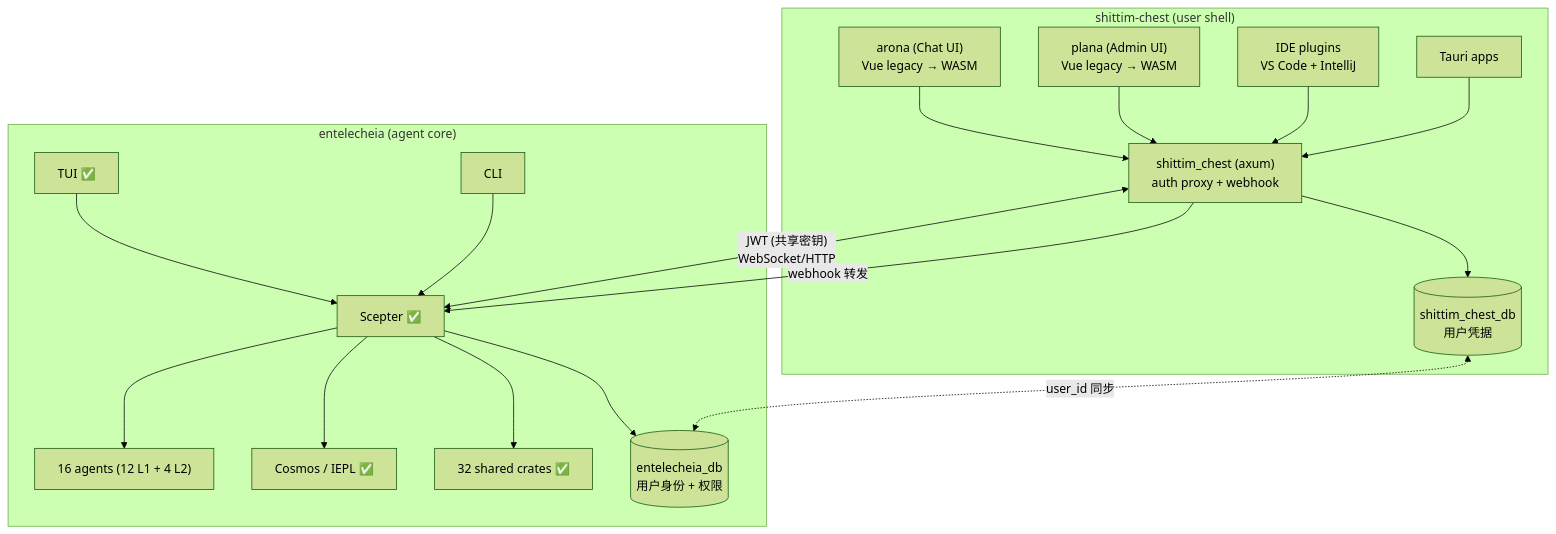
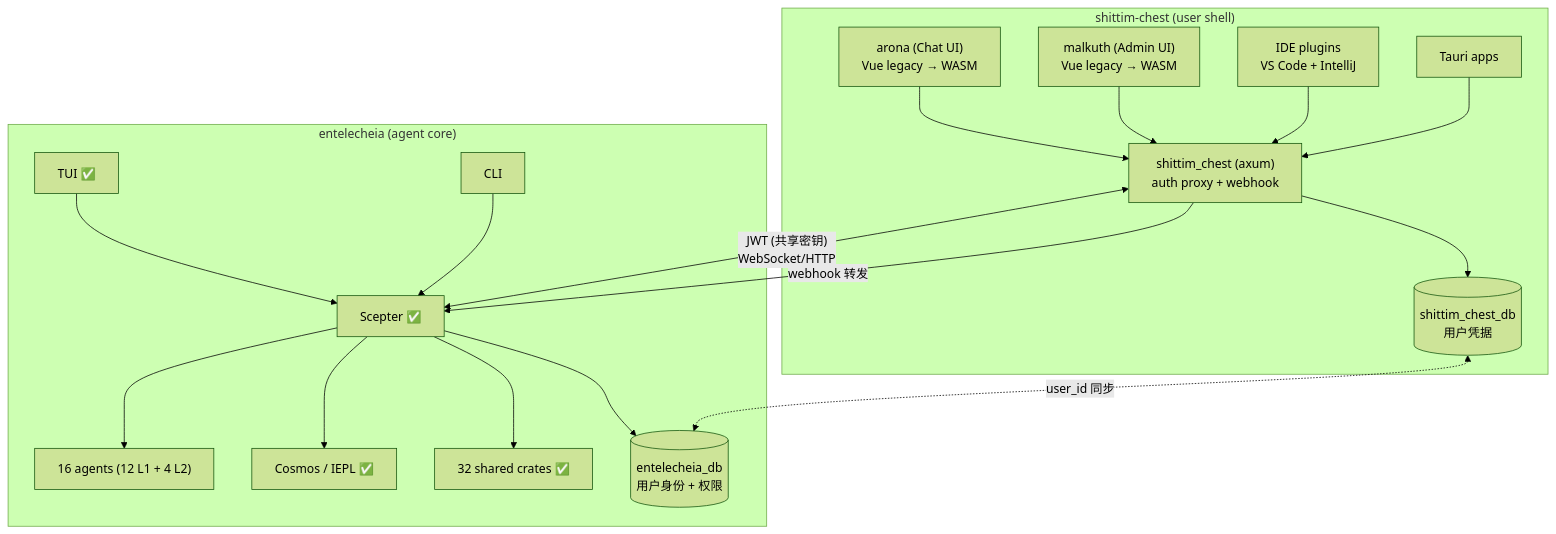
One commit to celestia-island/docs.celestia.world changed the second of 9 diagrams in docs/en/designs/core/architecture.md. Above: the diagram before and after it, drawn with Mermaid (forest theme). The commit also changed other lines of this file and 57 other files, not shown here.

First line of the commit message:
rename: plana -> malkuth across docs

````diff
--- a/docs/en/designs/core/architecture.md
+++ b/docs/en/designs/core/architecture.md
@@ -83,36 +83,36 @@
 ```mermaid
 flowchart TB
     subgraph shittim_chest["shittim-chest (user shell)"]
         Arona["arona (Chat UI)\nVue legacy → WASM"]
-        Plana["plana (Admin UI)\nVue legacy → WASM"]
+        Malkuth["malkuth (Admin UI)\nVue legacy → WASM"]
         SC["shittim_chest (axum)\nauth proxy + webhook"]
         IDE["IDE plugins\nVS Code + IntelliJ"]
         Tauri["Tauri apps"]
         SC_DB[("shittim_chest_db\n用户凭据")]
         Arona --> SC
-        Plana --> SC
+        Malkuth --> SC
         IDE --> SC
         Tauri --> SC
         SC --> SC_DB
     end
 
     subgraph entelecheia["entelecheia (agent core)"]
         TUI["TUI ✅"]
         CLI["CLI"]
         Scepter["Scepter ✅"]
         Agents["16 agents (12 L1 + 4 L2)"]
         Cosmos["Cosmos / IEPL ✅"]
         Shared["32 shared crates ✅"]
         ENT_DB[("entelecheia_db\n用户身份 + 权限")]
         TUI --> Scepter
         CLI --> Scepter
         Scepter --> Agents
         Scepter --> Cosmos
         Scepter --> Shared
         Scepter --> ENT_DB
     end
 
     SC <-->|"JWT (共享密钥)\nWebSocket/HTTP"| Scepter
     SC -->|"webhook 转发"| Scepter
     SC_DB <-.->|"user_id 同步"| ENT_DB
 ```
````
